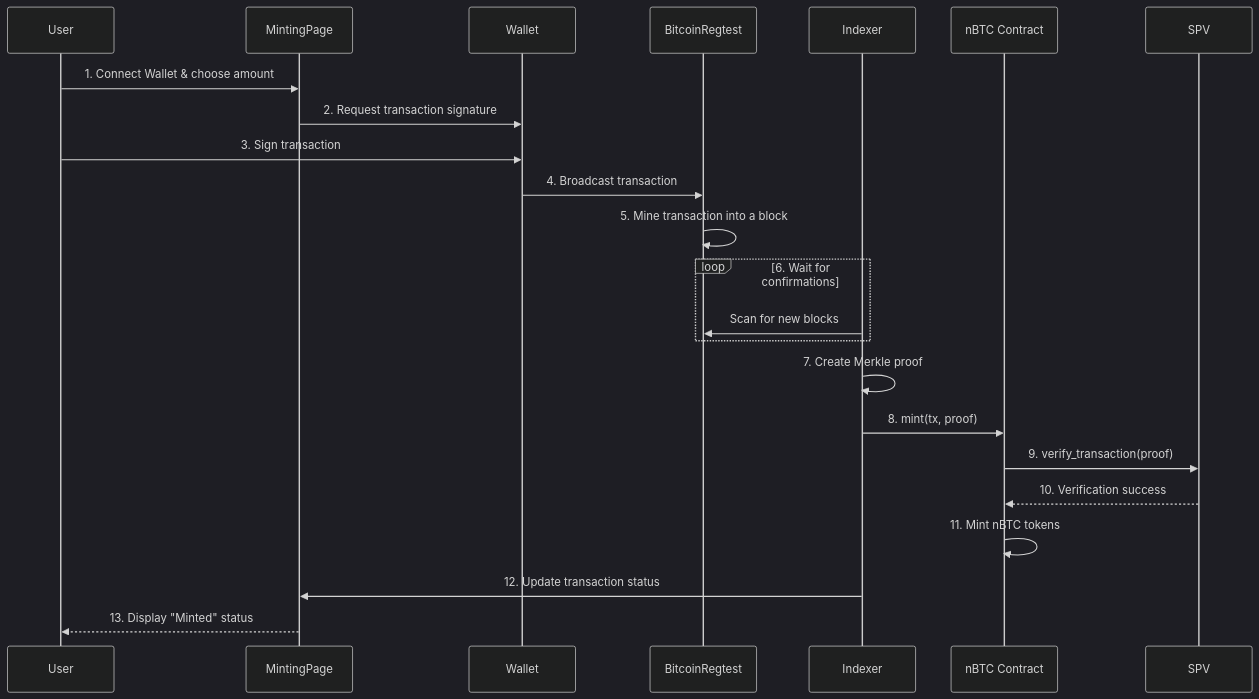
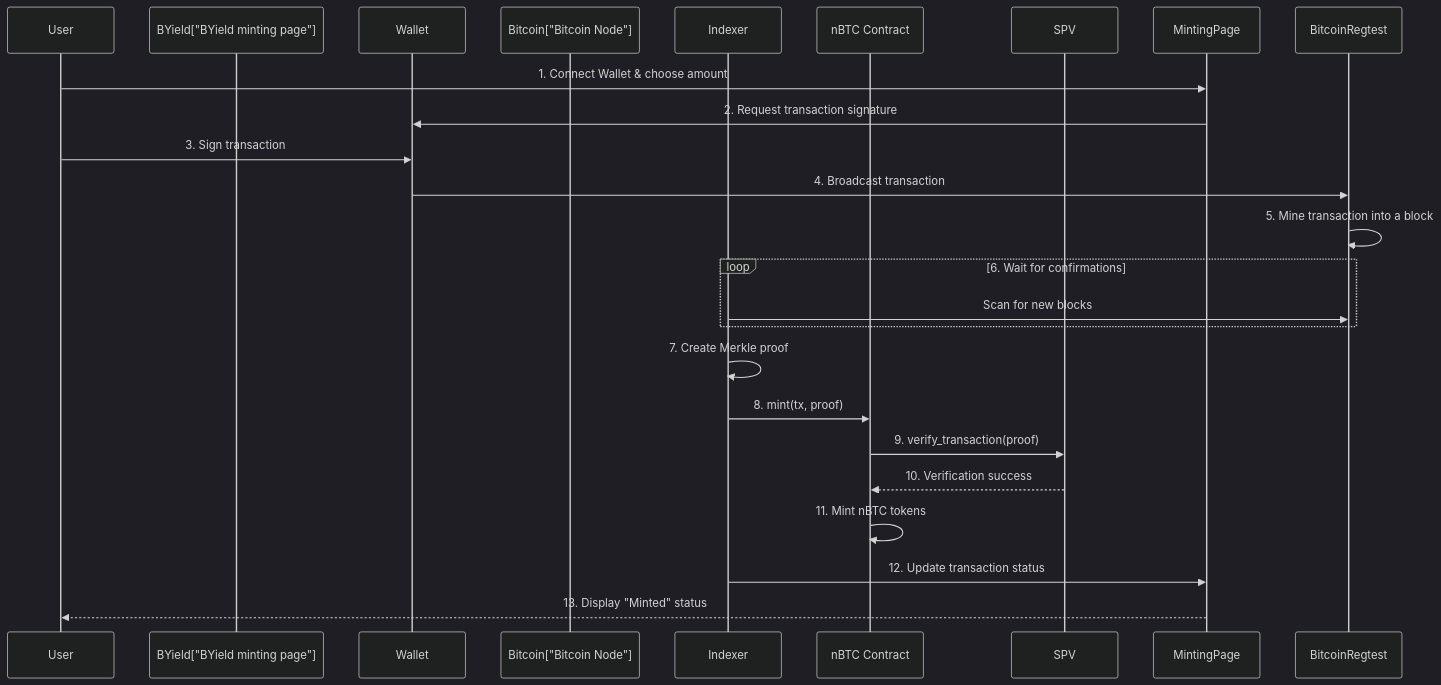
The diagram in nBTC/docs/testnet-v2.md (gonative-cc/sui-native), drawn with Mermaid (dark theme) before and after one commit. The commit also changed other lines of this file, not shown here.

````diff
--- a/nBTC/docs/testnet-v2.md
+++ b/nBTC/docs/testnet-v2.md
@@ -16,32 +20,32 @@
 ```mermaid
 sequenceDiagram
     participant User
-    participant MintingPage
+    participant BYield["BYield minting page"]
     participant Wallet
-    participant BitcoinRegtest
+    participant Bitcoin["Bitcoin Node"]
     participant Indexer
     participant nBTC_Contract as nBTC Contract
     participant SPV
 
     User->>MintingPage: 1. Connect Wallet & choose amount
     MintingPage->>Wallet: 2. Request transaction signature
     User->>Wallet: 3. Sign transaction
     Wallet->>BitcoinRegtest: 4. Broadcast transaction
 
     BitcoinRegtest->>BitcoinRegtest: 5. Mine transaction into a block
 
     loop 6. Wait for confirmations
         Indexer->>BitcoinRegtest: Scan for new blocks
     end
 
     Indexer->>Indexer: 7. Create Merkle proof
     Indexer->>nBTC_Contract: 8. mint(tx, proof)
 
     nBTC_Contract->>SPV: 9. verify_transaction(proof)
     SPV-->>nBTC_Contract: 10. Verification success
 
     nBTC_Contract->>nBTC_Contract: 11. Mint nBTC tokens
 
     Indexer->>MintingPage: 12. Update transaction status
     MintingPage-->>User: 13. Display "Minted" status
 ```
````
